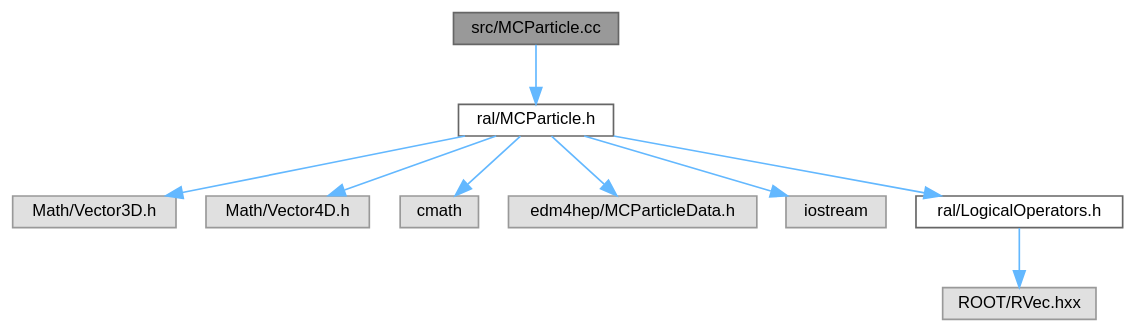
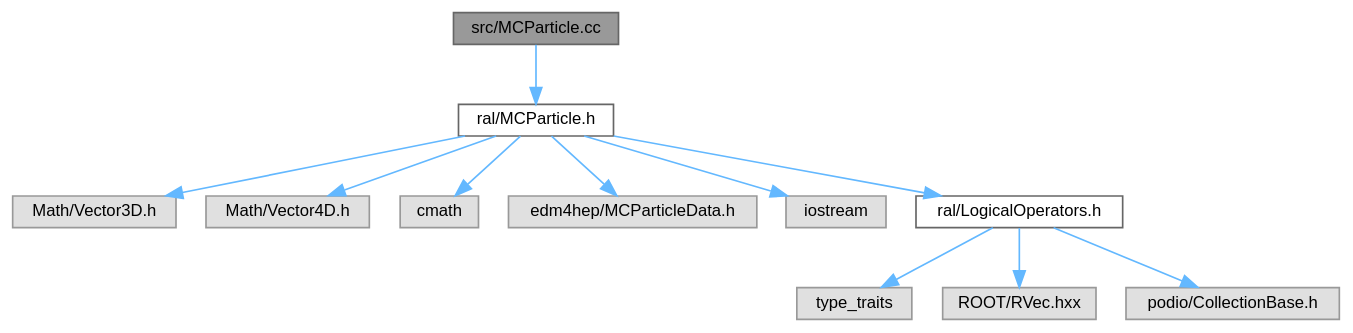
Before and after one commit to Juanki0396/ral: the diagram in docs/MCParticle_8cc__incl.dot, drawn with Graphviz. The commit also changed 26 other files, not shown here.

```diff
--- a/docs/MCParticle_8cc__incl.dot
+++ b/docs/MCParticle_8cc__incl.dot
@@ -1,24 +1,28 @@
 digraph "src/MCParticle.cc"
 {
  // LATEX_PDF_SIZE
   bgcolor="transparent";
   edge [fontname=Helvetica,fontsize=10,labelfontname=Helvetica,labelfontsize=10];
   node [fontname=Helvetica,fontsize=10,shape=box,height=0.2,width=0.4];
   Node1 [id="Node000001",label="src/MCParticle.cc",height=0.2,width=0.4,color="gray40", fillcolor="grey60", style="filled", fontcolor="black",tooltip=" "];
   Node1 -> Node2 [id="edge1_Node000001_Node000002",color="steelblue1",style="solid",tooltip=" "];
   Node2 [id="Node000002",label="ral/MCParticle.h",height=0.2,width=0.4,color="grey40", fillcolor="white", style="filled",URL="$MCParticle_8h.html",tooltip=" "];
   Node2 -> Node3 [id="edge2_Node000002_Node000003",color="steelblue1",style="solid",tooltip=" "];
   Node3 [id="Node000003",label="Math/Vector3D.h",height=0.2,width=0.4,color="grey60", fillcolor="#E0E0E0", style="filled",tooltip=" "];
   Node2 -> Node4 [id="edge3_Node000002_Node000004",color="steelblue1",style="solid",tooltip=" "];
   Node4 [id="Node000004",label="Math/Vector4D.h",height=0.2,width=0.4,color="grey60", fillcolor="#E0E0E0", style="filled",tooltip=" "];
   Node2 -> Node5 [id="edge4_Node000002_Node000005",color="steelblue1",style="solid",tooltip=" "];
   Node5 [id="Node000005",label="cmath",height=0.2,width=0.4,color="grey60", fillcolor="#E0E0E0", style="filled",tooltip=" "];
   Node2 -> Node6 [id="edge5_Node000002_Node000006",color="steelblue1",style="solid",tooltip=" "];
   Node6 [id="Node000006",label="edm4hep/MCParticleData.h",height=0.2,width=0.4,color="grey60", fillcolor="#E0E0E0", style="filled",tooltip=" "];
   Node2 -> Node7 [id="edge6_Node000002_Node000007",color="steelblue1",style="solid",tooltip=" "];
   Node7 [id="Node000007",label="iostream",height=0.2,width=0.4,color="grey60", fillcolor="#E0E0E0", style="filled",tooltip=" "];
   Node2 -> Node8 [id="edge7_Node000002_Node000008",color="steelblue1",style="solid",tooltip=" "];
   Node8 [id="Node000008",label="ral/LogicalOperators.h",height=0.2,width=0.4,color="grey40", fillcolor="white", style="filled",URL="$LogicalOperators_8h.html",tooltip=" "];
   Node8 -> Node9 [id="edge8_Node000008_Node000009",color="steelblue1",style="solid",tooltip=" "];
-  Node9 [id="Node000009",label="ROOT/RVec.hxx",height=0.2,width=0.4,color="grey60", fillcolor="#E0E0E0", style="filled",tooltip=" "];
+  Node9 [id="Node000009",label="type_traits",height=0.2,width=0.4,color="grey60", fillcolor="#E0E0E0", style="filled",tooltip=" "];
+  Node8 -> Node10 [id="edge9_Node000008_Node000010",color="steelblue1",style="solid",tooltip=" "];
+  Node10 [id="Node000010",label="ROOT/RVec.hxx",height=0.2,width=0.4,color="grey60", fillcolor="#E0E0E0", style="filled",tooltip=" "];
+  Node8 -> Node11 [id="edge10_Node000008_Node000011",color="steelblue1",style="solid",tooltip=" "];
+  Node11 [id="Node000011",label="podio/CollectionBase.h",height=0.2,width=0.4,color="grey60", fillcolor="#E0E0E0", style="filled",tooltip=" "];
 }
```
